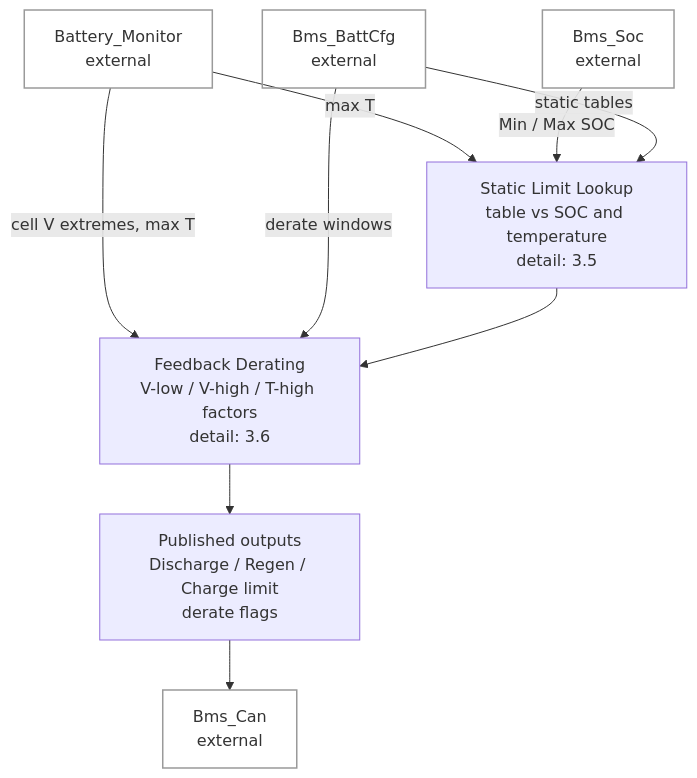
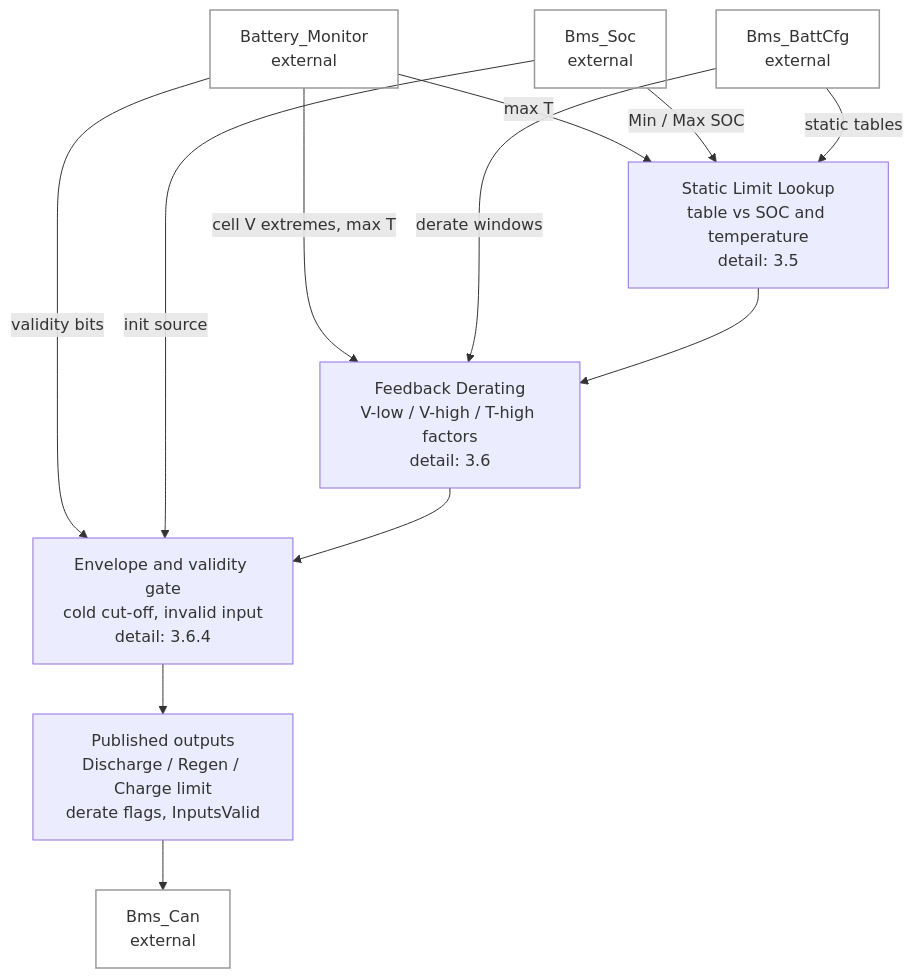
Before and after one commit to jsivolt/BMS_demo: the second of 6 diagrams in src/battery/SOP_DESIGN.md, drawn with Mermaid. The commit also changed other lines of this file and 8 other files, not shown here.

````diff
--- a/src/battery/SOP_DESIGN.md
+++ b/src/battery/SOP_DESIGN.md
@@ -158,25 +160,30 @@
 ```mermaid
 flowchart TD
     BM["Battery_Monitor<br/>external"]
     SOC["Bms_Soc<br/>external"]
     CFG["Bms_BattCfg<br/>external"]
     CANM["Bms_Can<br/>external"]
 
     STATIC["Static Limit Lookup<br/>table vs SOC and temperature<br/>detail: 3.5"]
     DERATE["Feedback Derating<br/>V-low / V-high / T-high factors<br/>detail: 3.6"]
 
-    OUT["Published outputs<br/>Discharge / Regen / Charge limit<br/>derate flags"]
+    GATE["Envelope and validity gate<br/>cold cut-off, invalid input<br/>detail: 3.6.4"]
+
+    OUT["Published outputs<br/>Discharge / Regen / Charge limit<br/>derate flags, InputsValid"]
 
     BM -->|"max T"| STATIC
     BM -->|"cell V extremes, max T"| DERATE
+    BM -->|"validity bits"| GATE
+    SOC -->|"init source"| GATE
     SOC -->|"Min / Max SOC"| STATIC
     CFG -->|"static tables"| STATIC
     CFG -->|"derate windows"| DERATE
 
     STATIC --> DERATE
-    DERATE --> OUT
+    DERATE --> GATE
+    GATE --> OUT
     OUT --> CANM
 
     classDef ext fill:transparent,stroke:#9a9a9a,stroke-width:1.5px
     class BM,SOC,CFG,CANM ext
 ```
````
